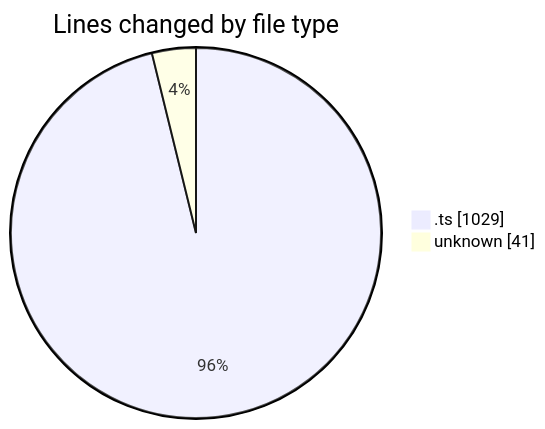
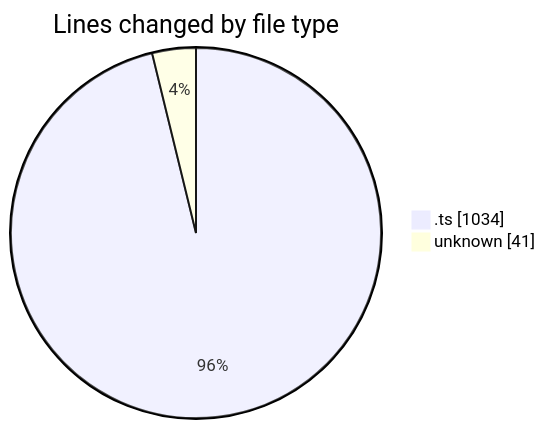
One commit to momahboobian/code-tracking changed the first of 2 diagrams in 2025-08-18/cda/README.md. Above: the diagram before and after it, drawn with Mermaid. The commit also changed other lines of this file and 1 other file, not shown here.

````diff
--- a/2025-08-18/cda/README.md
+++ b/2025-08-18/cda/README.md
@@ -24,6 +24,6 @@
 ```mermaid
 pie showData
 title Lines changed by file type
-".ts" : 1029
+".ts" : 1034
 "unknown" : 41
 ```
````
